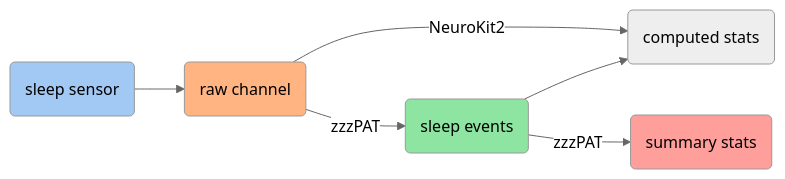
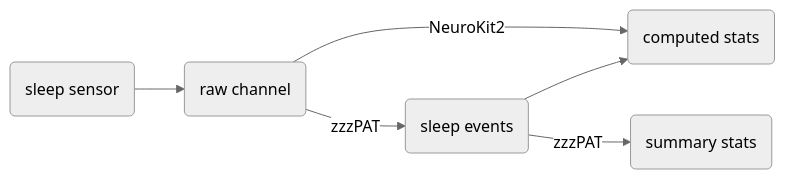
The diagram in markdowns-expanded/009-sleep/009-sleep.md (PhenoAI/pheno-docs), drawn with Mermaid (neutral theme) before and after one commit.

Commit message:
improved: markdowns: sleep mermaid style

````diff
--- a/markdowns-expanded/009-sleep/009-sleep.md
+++ b/markdowns-expanded/009-sleep/009-sleep.md
@@ -41,14 +41,9 @@
 ```{mermaid}
 flowchart LR;
-
-classDef sensor fill:#a1c9f4;
-classDef raw fill:#ffb482;
-classDef event fill:#8de5a1;
-classDef stat fill:#ff9f9b;
 
 Sensor(sleep sensor):::sensor --> Raw(raw channel):::raw
 Raw -->|zzzPAT| Events(sleep events):::event
 Raw -->|NeuroKit2| Extracted(computed stats)
 Events --> Extracted
 Events -->|zzzPAT| Summary(summary stats):::stat
 ```
````
